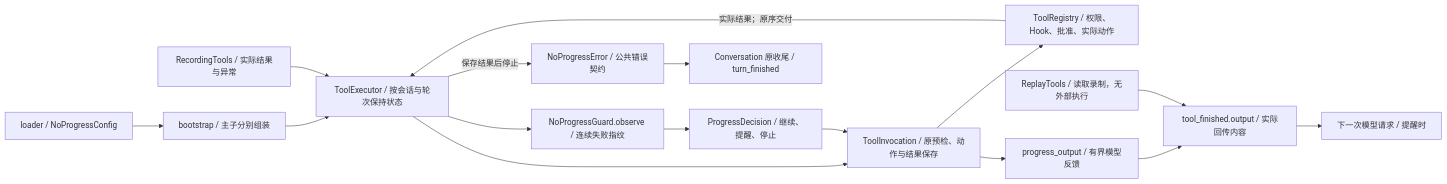
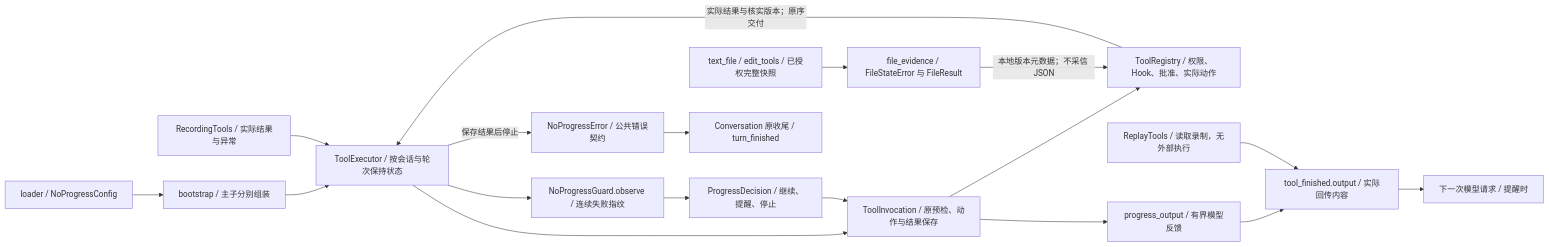
One commit to Plvltra/AdamAgent changed the first of 27 diagrams in docs/architecture.md. Above: the diagram before and after it, drawn with Mermaid. The commit also changed other lines of this file and 13 other files, not shown here.

```diff
--- a/docs/architecture.md
+++ b/docs/architecture.md
@@ -13,18 +13,20 @@
 ~~~mermaid
 flowchart LR
     PROG_CONFIG["loader / NoProgressConfig"] --> PROG_BOOT["bootstrap / 主子分别组装"]
     PROG_BOOT --> PROG_EXEC["ToolExecutor / 按会话与轮次保持状态"]
     PROG_EXEC --> PROG_INVOKE["ToolInvocation / 原预检、动作与结果保存"]
     PROG_INVOKE --> PROG_REG["ToolRegistry / 权限、Hook、批准、实际动作"]
-    PROG_REG -->|"实际结果；原序交付"| PROG_EXEC
+    PROG_FILE["text_file / edit_tools / 已授权完整快照"] --> PROG_EVIDENCE["file_evidence / FileStateError 与 FileResult"]
+    PROG_EVIDENCE -->|"本地版本元数据；不采信 JSON"| PROG_REG
+    PROG_REG -->|"实际结果与核实版本；原序交付"| PROG_EXEC
     PROG_EXEC --> PROG_GUARD["NoProgressGuard.observe / 连续失败指纹"]
     PROG_GUARD --> PROG_DECISION["ProgressDecision / 继续、提醒、停止"]
     PROG_DECISION --> PROG_INVOKE
     PROG_INVOKE --> PROG_ENCODING["progress_output / 有界模型反馈"]
     PROG_ENCODING --> PROG_LOG["tool_finished.output / 实际回传内容"]
     PROG_EXEC -->|"保存结果后停止"| PROG_ERROR["NoProgressError / 公共错误契约"]
     PROG_ERROR --> PROG_TURN["Conversation 原收尾 / turn_finished"]
     PROG_LOG --> PROG_MODEL["下一次模型请求 / 提醒时"]
     PROG_CAPTURE["RecordingTools / 实际结果与异常"] --> PROG_EXEC
     PROG_REPLAY["ReplayTools / 读取录制，无外部执行"] --> PROG_LOG
 ~~~
```
